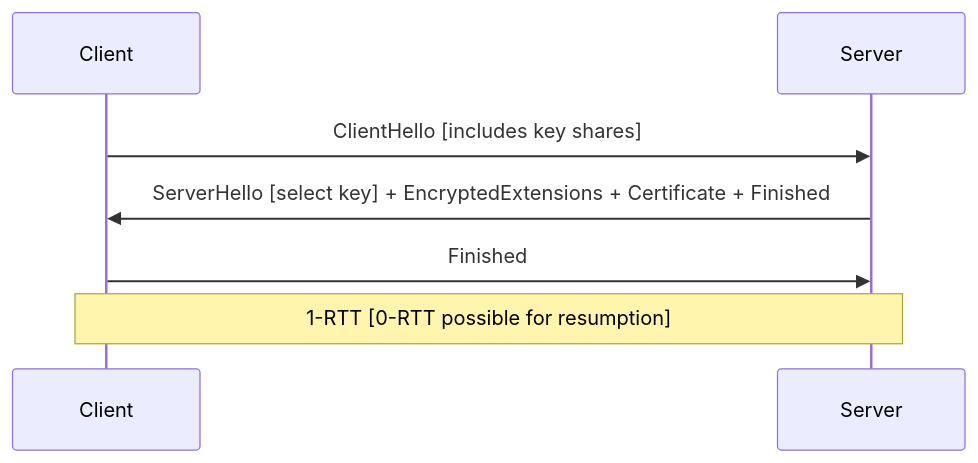
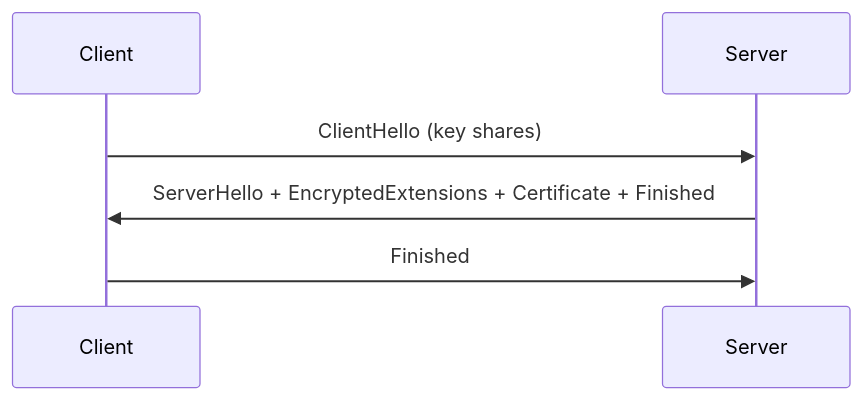
The fourth of 5 diagrams in DailyChallenges/Season2/Day19/challenge.md (Sagar2366/LearnWithSagar), drawn with Mermaid before and after one commit. The commit also changed other lines of this file, not shown here.

````diff
--- a/DailyChallenges/Season2/Day19/challenge.md
+++ b/DailyChallenges/Season2/Day19/challenge.md
@@ -126,9 +115,8 @@
 ```mermaid
 sequenceDiagram
     participant C as Client
     participant S as Server
-    C->>S: ClientHello [includes key shares]
-    S->>C: ServerHello [select key] + EncryptedExtensions + Certificate + Finished
+    C->>S: ClientHello (key shares)
+    S->>C: ServerHello + EncryptedExtensions + Certificate + Finished
     C->>S: Finished
-    Note over C,S: 1-RTT [0-RTT possible for resumption]
 ```
````
